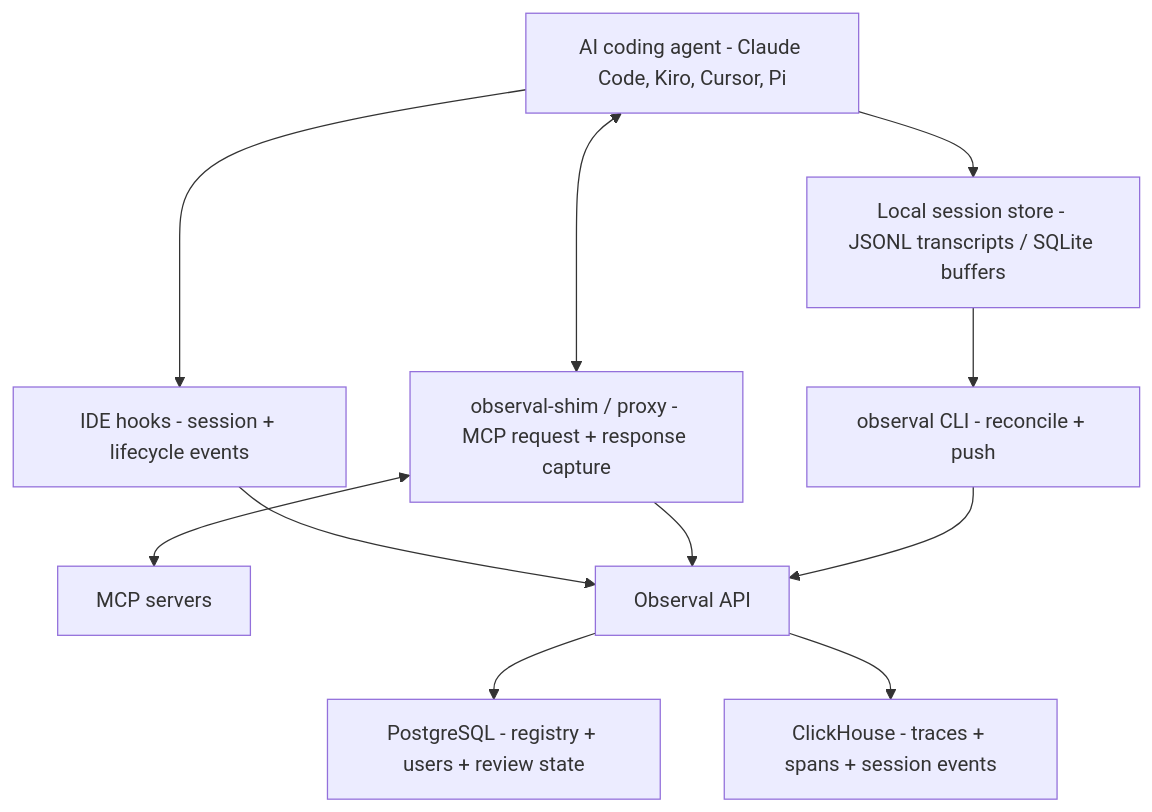
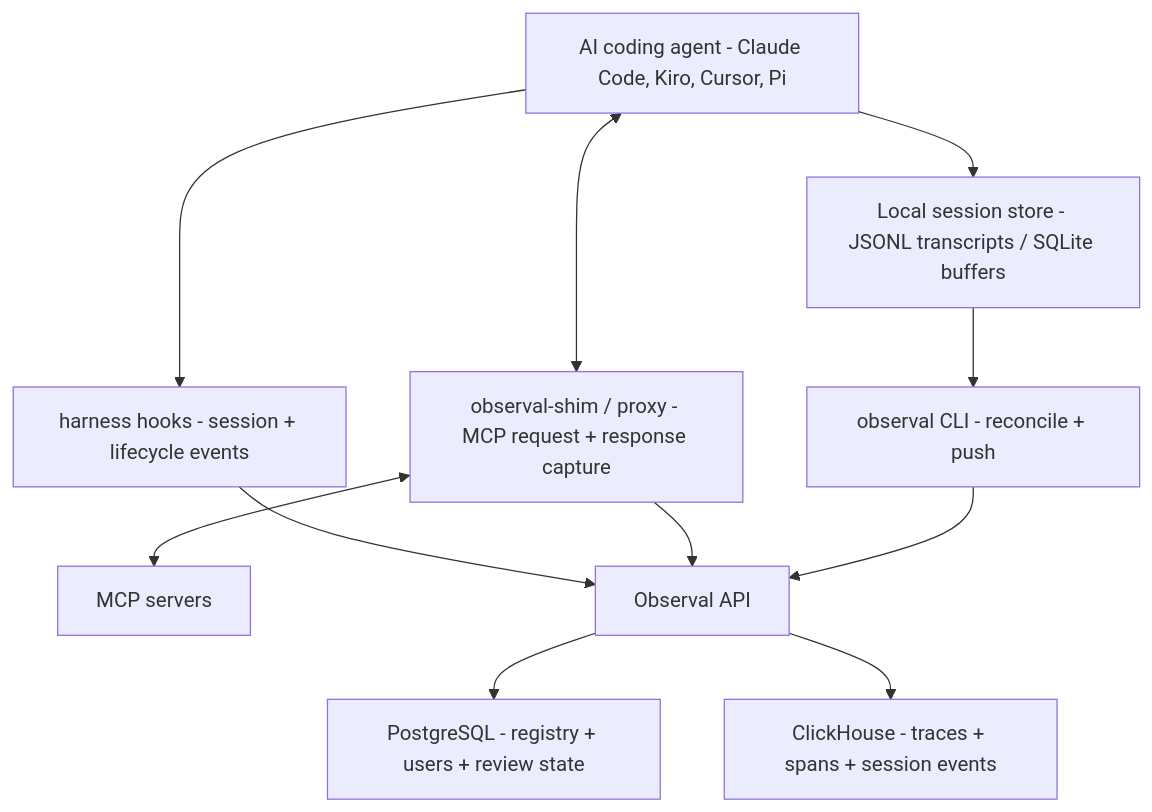
One commit to Observal/Observal changed the diagram in docs/getting-started/core-concepts.md. Above: the diagram before and after it, drawn with Mermaid. The commit also changed other lines of this file and 45 other files, not shown here.

````diff
--- a/docs/getting-started/core-concepts.md
+++ b/docs/getting-started/core-concepts.md
@@ -11,23 +11,23 @@
 ```mermaid
 flowchart TB
     ide["AI coding agent - Claude Code, Kiro, Cursor, Pi"]
     sessions["Local session store - JSONL transcripts / SQLite buffers"]
-    hooks["IDE hooks - session + lifecycle events"]
+    hooks["harness hooks - session + lifecycle events"]
     shim["observal-shim / proxy - MCP request + response capture"]
     mcp[MCP servers]
     cli["observal CLI - reconcile + push"]
     api[Observal API]
     pg["PostgreSQL - registry + users + review state"]
     ch["ClickHouse - traces + spans + session events"]
 
     ide --> sessions
     ide --> hooks
     ide <--> shim
     shim <--> mcp
     hooks --> api
     shim --> api
     sessions --> cli
     cli --> api
     api --> pg
     api --> ch
 ```
````
